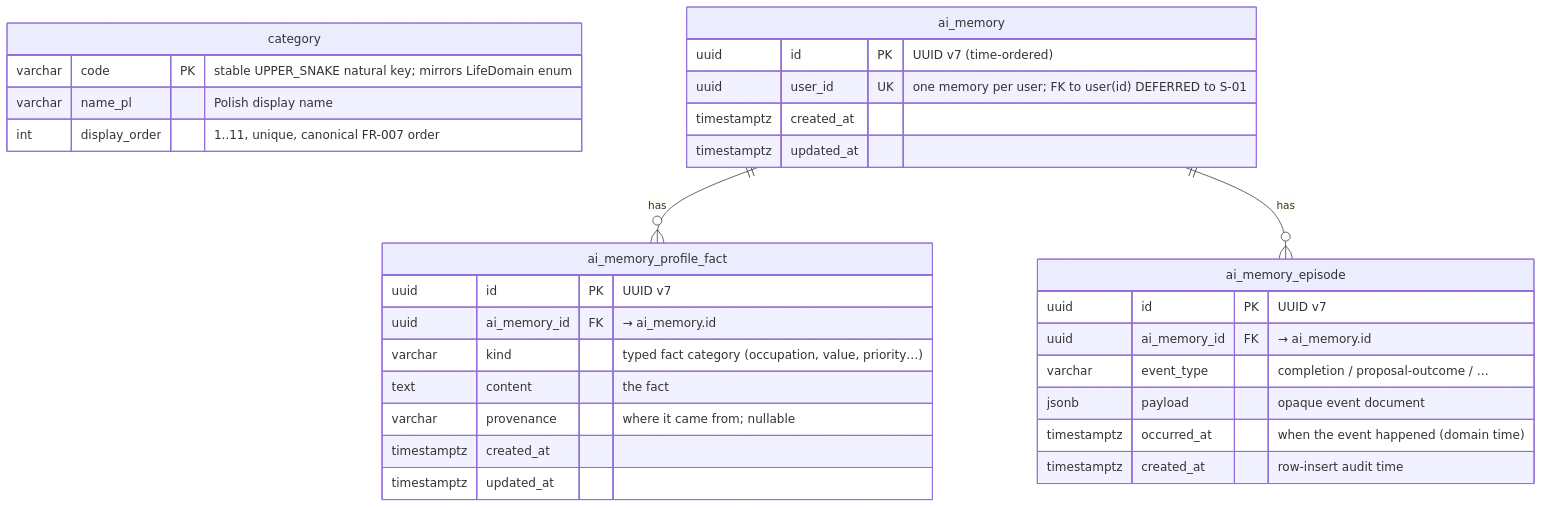
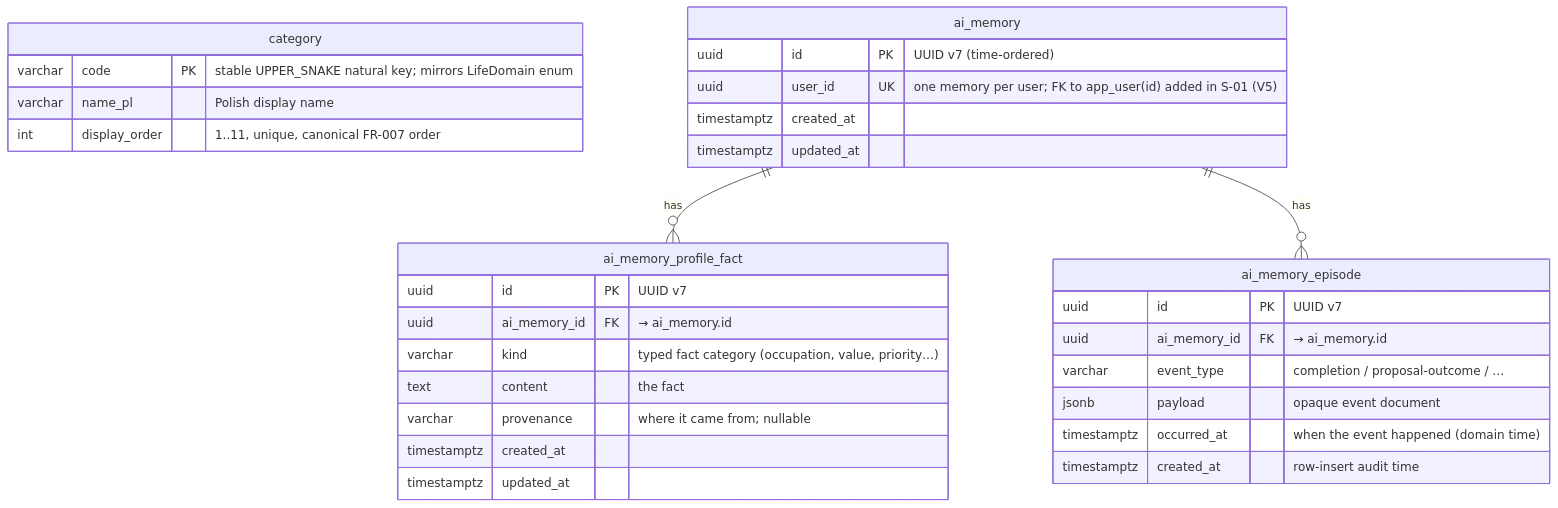
One commit to TheDariusz/2doai changed the diagram in context/foundation/data-model.md. Above: the diagram before and after it, drawn with Mermaid. The commit also changed other lines of this file and 28 other files, not shown here.

````diff
--- a/context/foundation/data-model.md
+++ b/context/foundation/data-model.md
@@ -10,35 +10,35 @@
 ```mermaid
 erDiagram
     category {
         varchar code PK "stable UPPER_SNAKE natural key; mirrors LifeDomain enum"
         varchar name_pl "Polish display name"
         int display_order "1..11, unique, canonical FR-007 order"
     }
 
     ai_memory ||--o{ ai_memory_profile_fact : has
     ai_memory ||--o{ ai_memory_episode : has
 
     ai_memory {
         uuid id PK "UUID v7 (time-ordered)"
-        uuid user_id UK "one memory per user; FK to user(id) DEFERRED to S-01"
+        uuid user_id UK "one memory per user; FK to app_user(id) added in S-01 (V5)"
         timestamptz created_at
         timestamptz updated_at
     }
     ai_memory_profile_fact {
         uuid id PK "UUID v7"
         uuid ai_memory_id FK "→ ai_memory.id"
         varchar kind "typed fact category (occupation, value, priority…)"
         text content "the fact"
         varchar provenance "where it came from; nullable"
         timestamptz created_at
         timestamptz updated_at
     }
     ai_memory_episode {
         uuid id PK "UUID v7"
         uuid ai_memory_id FK "→ ai_memory.id"
         varchar event_type "completion / proposal-outcome / …"
         jsonb payload "opaque event document"
         timestamptz occurred_at "when the event happened (domain time)"
         timestamptz created_at "row-insert audit time"
     }
 ```
````
